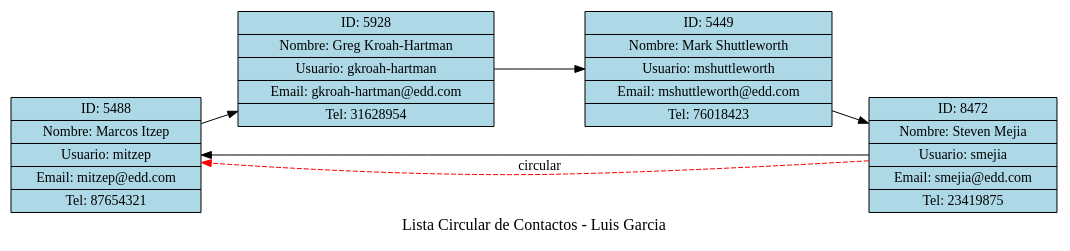
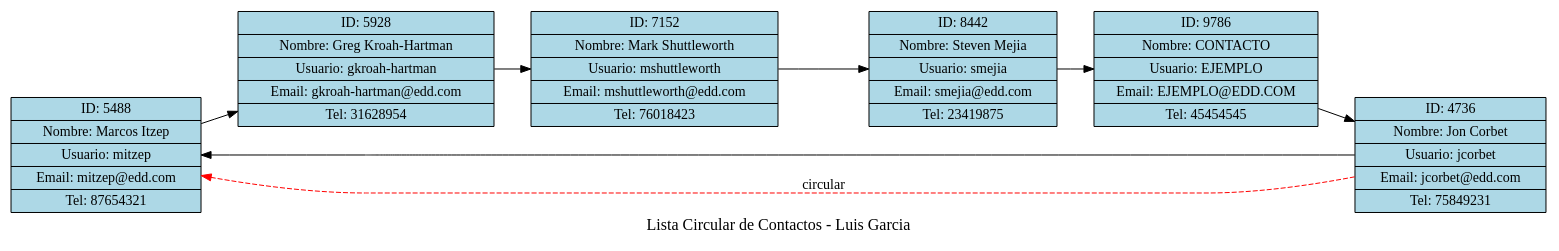
Before and after one commit to JoseArt777/-EDD-1S2025_202100305: the diagram in Fase1/src/lgarcia-Reportes/contactos_lgarcia.dot, drawn with Graphviz. The commit also changed 16 other files, not shown here.

```diff
--- a/Fase1/src/lgarcia-Reportes/contactos_lgarcia.dot
+++ b/Fase1/src/lgarcia-Reportes/contactos_lgarcia.dot
@@ -1,16 +1,20 @@
 digraph G {
     label="Lista Circular de Contactos - Luis Garcia";
     fontsize=16;
     rankdir=LR;
     node [shape=record, style=filled, fillcolor=lightblue];
     contact_mitzep_at_edd_com [label="ID: 5488|Nombre: Marcos Itzep|Usuario: mitzep|Email: mitzep@edd.com|Tel: 87654321"];
     contact_gkroah_hartman_at_edd_com [label="ID: 5928|Nombre: Greg Kroah-Hartman|Usuario: gkroah-hartman|Email: gkroah-hartman@edd.com|Tel: 31628954"];
-    contact_mshuttleworth_at_edd_com [label="ID: 5449|Nombre: Mark Shuttleworth|Usuario: mshuttleworth|Email: mshuttleworth@edd.com|Tel: 76018423"];
-    contact_smejia_at_edd_com [label="ID: 8472|Nombre: Steven Mejia|Usuario: smejia|Email: smejia@edd.com|Tel: 23419875"];
+    contact_mshuttleworth_at_edd_com [label="ID: 7152|Nombre: Mark Shuttleworth|Usuario: mshuttleworth|Email: mshuttleworth@edd.com|Tel: 76018423"];
+    contact_smejia_at_edd_com [label="ID: 8442|Nombre: Steven Mejia|Usuario: smejia|Email: smejia@edd.com|Tel: 23419875"];
+    contact_EJEMPLO_at_EDD_COM [label="ID: 9786|Nombre: CONTACTO|Usuario: EJEMPLO|Email: EJEMPLO@EDD.COM|Tel: 45454545"];
+    contact_jcorbet_at_edd_com [label="ID: 4736|Nombre: Jon Corbet|Usuario: jcorbet|Email: jcorbet@edd.com|Tel: 75849231"];
     contact_mitzep_at_edd_com -> contact_gkroah_hartman_at_edd_com;
     contact_gkroah_hartman_at_edd_com -> contact_mshuttleworth_at_edd_com;
     contact_mshuttleworth_at_edd_com -> contact_smejia_at_edd_com;
-    contact_smejia_at_edd_com -> contact_mitzep_at_edd_com;
+    contact_smejia_at_edd_com -> contact_EJEMPLO_at_EDD_COM;
+    contact_EJEMPLO_at_EDD_COM -> contact_jcorbet_at_edd_com;
+    contact_jcorbet_at_edd_com -> contact_mitzep_at_edd_com;
     edge [color=red, style=dashed];
-    contact_smejia_at_edd_com -> contact_mitzep_at_edd_com [label="circular"];
+    contact_jcorbet_at_edd_com -> contact_mitzep_at_edd_com [label="circular"];
 }
```
